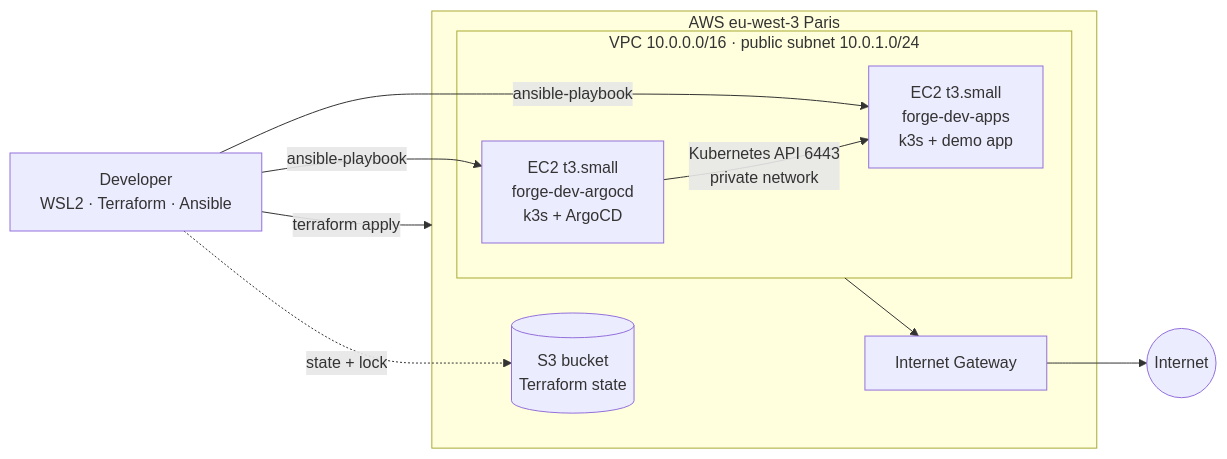
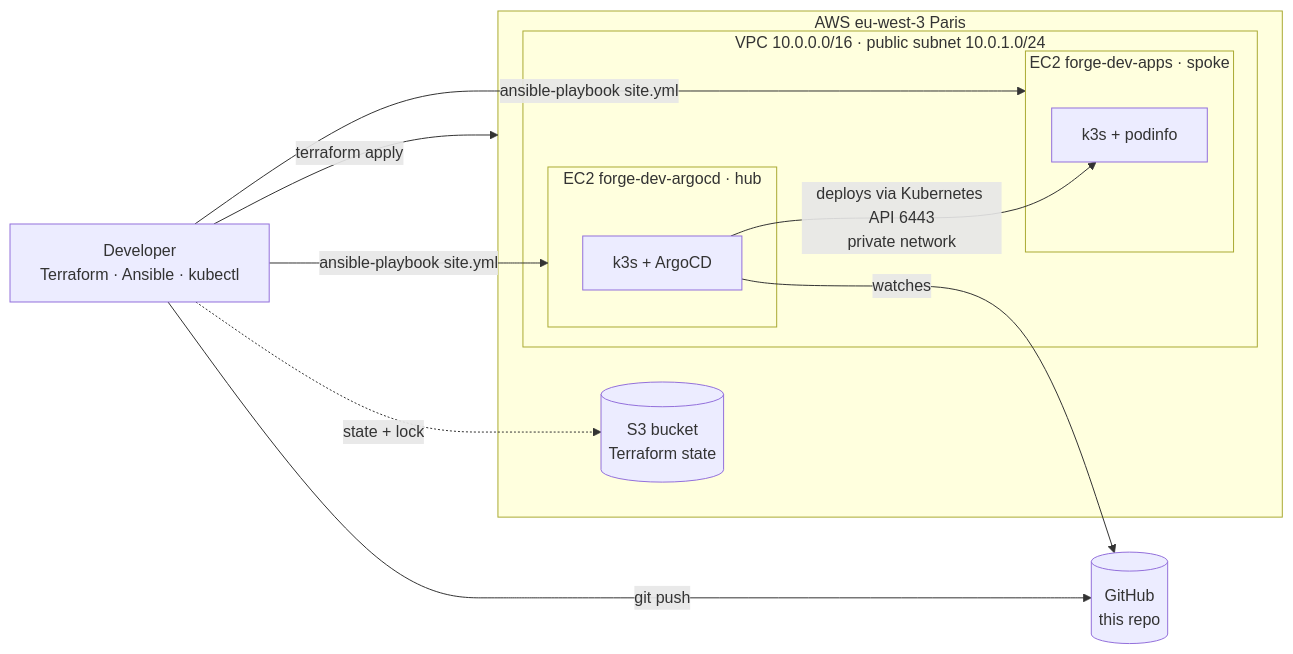
The diagram in README.md (Devil6sidekick/Forge), drawn with Mermaid before and after one commit. The commit also changed other lines of this file, not shown here.

````diff
--- a/README.md
+++ b/README.md
@@ -13,19 +13,25 @@
 ```mermaid
 flowchart LR
-    dev[Developer<br/>WSL2 · Terraform · Ansible] -->|terraform apply| aws
-    dev -->|ansible-playbook| hub
-    dev -->|ansible-playbook| spoke
+    gh[(GitHub<br/>this repo)]
+    dev[Developer<br/>Terraform · Ansible · kubectl]
 
     subgraph aws[AWS eu-west-3 Paris]
         s3[(S3 bucket<br/>Terraform state)]
         subgraph vpc[VPC 10.0.0.0/16 · public subnet 10.0.1.0/24]
-            hub[EC2 t3.small<br/>forge-dev-argocd<br/>k3s + ArgoCD]
-            spoke[EC2 t3.small<br/>forge-dev-apps<br/>k3s + demo app]
+            subgraph hub[EC2 forge-dev-argocd · hub]
+                argocd[k3s + ArgoCD]
+            end
+            subgraph spoke[EC2 forge-dev-apps · spoke]
+                app[k3s + podinfo]
+            end
         end
-        igw[Internet Gateway]
     end
 
+    dev -->|terraform apply| aws
     dev -.->|state + lock| s3
-    hub -->|Kubernetes API 6443<br/>private network| spoke
-    vpc --> igw --> internet((Internet))
+    dev -->|ansible-playbook site.yml| hub
+    dev -->|ansible-playbook site.yml| spoke
+    dev -->|git push| gh
+    argocd -->|watches| gh
+    argocd -->|deploys via Kubernetes API 6443<br/>private network| app
 ```
````
